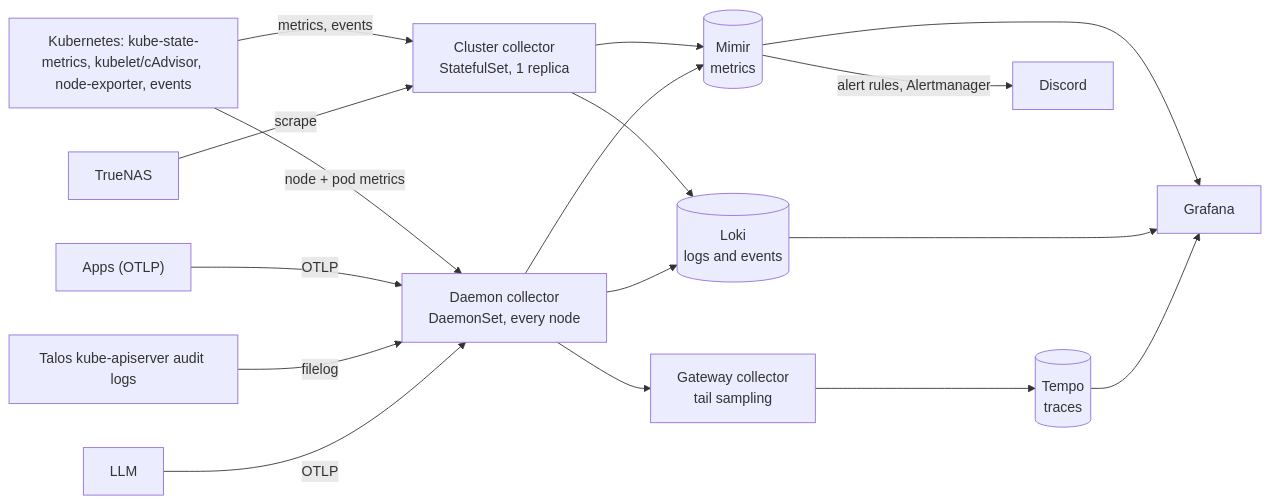
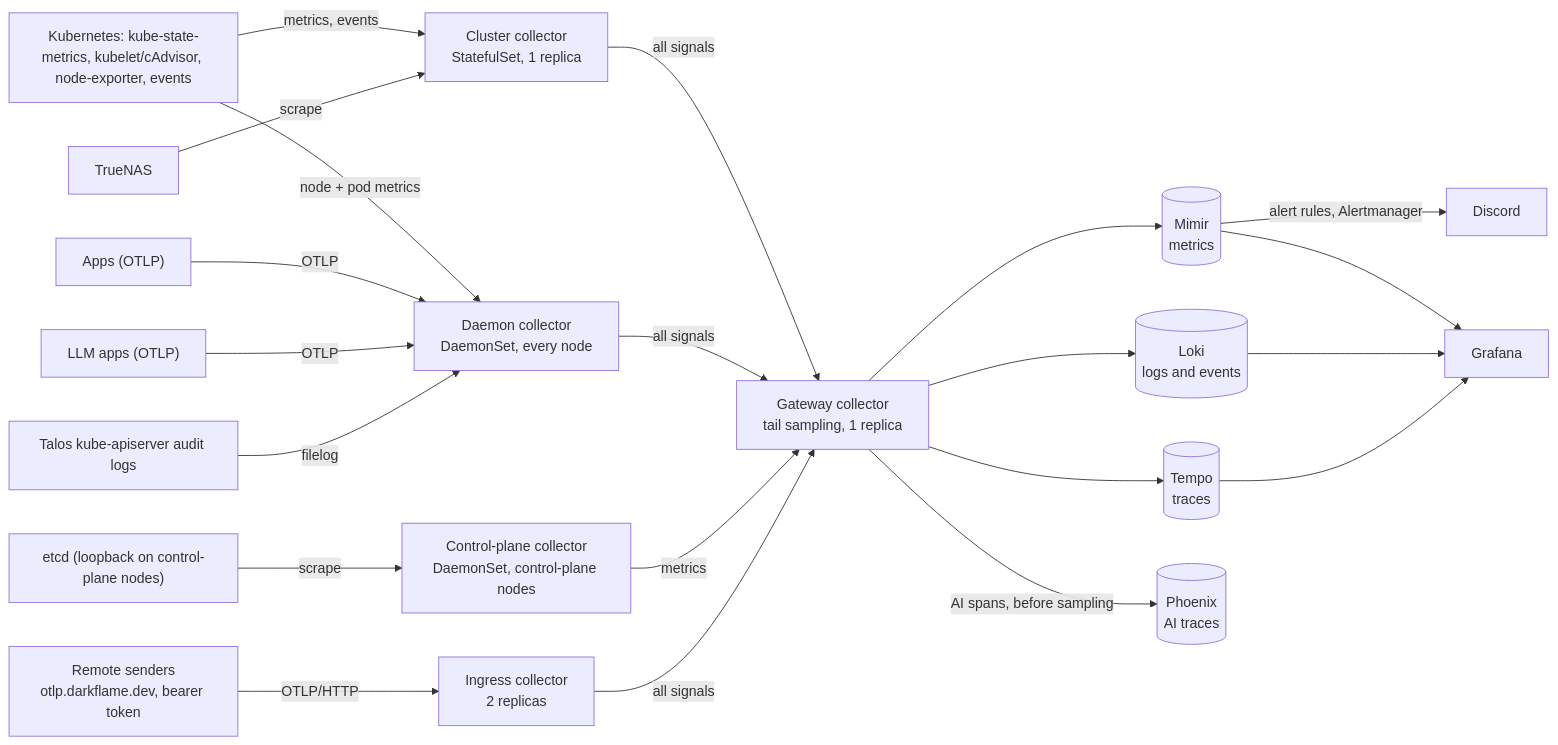
The diagram in docs/observability.md (Darkflame72/home-ops), drawn with Mermaid before and after one commit. The commit also changed other lines of this file and 2 other files, not shown here.

First line of the commit message:
feat(otel): route all signals through the gateway collector

````diff
--- a/docs/observability.md
+++ b/docs/observability.md
@@ -6,36 +10,47 @@
 ```mermaid
 flowchart LR
     K8S["Kubernetes: kube-state-metrics, kubelet/cAdvisor, node-exporter, events"]
     APPS["Apps (OTLP)"]
+    LLM["LLM apps (OTLP)"]
     AUDIT["Talos kube-apiserver audit logs"]
     NAS["TrueNAS"]
+    ETCD["etcd (loopback on control-plane nodes)"]
+    REMOTE["Remote senders<br/>otlp.darkflame.dev, bearer token"]
 
     CC["Cluster collector<br/>StatefulSet, 1 replica"]
     DC["Daemon collector<br/>DaemonSet, every node"]
-    GC["Gateway collector<br/>tail sampling"]
+    CPC["Control-plane collector<br/>DaemonSet, control-plane nodes"]
+    IC["Ingress collector<br/>2 replicas"]
+    GC["Gateway collector<br/>tail sampling, 1 replica"]
 
     MIMIR[(Mimir<br/>metrics)]
     LOKI[(Loki<br/>logs and events)]
     TEMPO[(Tempo<br/>traces)]
+    PHX[(Phoenix<br/>AI traces)]
     GRAF["Grafana"]
     DISCORD["Discord"]
 
     K8S -->|metrics, events| CC
     K8S -->|node + pod metrics| DC
     NAS -->|scrape| CC
     APPS -->|OTLP| DC
+    LLM -->|OTLP| DC
     AUDIT -->|filelog| DC
-    LLM -->|OTLP| DC
+    ETCD -->|scrape| CPC
+    REMOTE -->|OTLP/HTTP| IC
 
-    CC --> MIMIR
-    CC --> LOKI
-    DC --> MIMIR
-    DC --> LOKI
-    DC --> GC
+    CC -->|all signals| GC
+    DC -->|all signals| GC
+    CPC -->|metrics| GC
+    IC -->|all signals| GC
+
+    GC --> MIMIR
+    GC --> LOKI
     GC --> TEMPO
+    GC -->|AI spans, before sampling| PHX
 
     MIMIR -->|alert rules, Alertmanager| DISCORD
     MIMIR --> GRAF
     LOKI --> GRAF
     TEMPO --> GRAF
 ```
````
